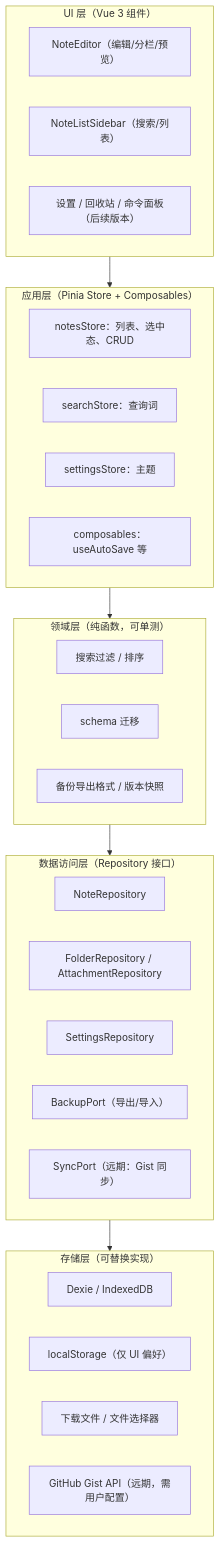
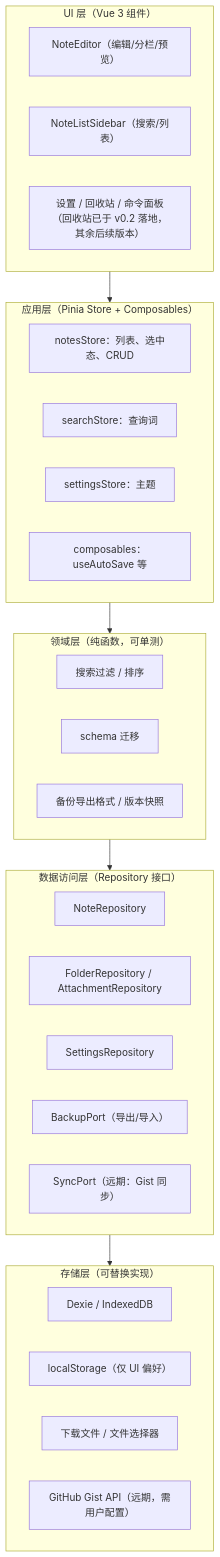
One commit to 514215834/TinyNote changed the diagram in docs/ARCHITECTURE.md. Above: the diagram before and after it, drawn with Mermaid. The commit also changed other lines of this file and 33 other files, not shown here.

````diff
--- a/docs/ARCHITECTURE.md
+++ b/docs/ARCHITECTURE.md
@@ -46,34 +46,34 @@
 ```mermaid
 flowchart TB
     subgraph UI["UI 层（Vue 3 组件）"]
         A1["NoteEditor（编辑/分栏/预览）"]
         A2["NoteListSidebar（搜索/列表）"]
-        A3["设置 / 回收站 / 命令面板（后续版本）"]
+        A3["设置 / 回收站 / 命令面板（回收站已于 v0.2 落地，其余后续版本）"]
     end
     subgraph APP["应用层（Pinia Store + Composables）"]
         B1["notesStore：列表、选中态、CRUD"]
         B2["searchStore：查询词"]
         B3["settingsStore：主题"]
         B4["composables：useAutoSave 等"]
     end
     subgraph DOMAIN["领域层（纯函数，可单测）"]
         C1["搜索过滤 / 排序"]
         C2["schema 迁移"]
         C3["备份导出格式 / 版本快照"]
     end
     subgraph DATA["数据访问层（Repository 接口）"]
         D1["NoteRepository"]
         D2["FolderRepository / AttachmentRepository"]
         D3["SettingsRepository"]
         D4["BackupPort（导出/导入）"]
         D5["SyncPort（远期：Gist 同步）"]
     end
     subgraph STORAGE["存储层（可替换实现）"]
         E1["Dexie / IndexedDB"]
         E2["localStorage（仅 UI 偏好）"]
         E3["下载文件 / 文件选择器"]
         E4["GitHub Gist API（远期，需用户配置）"]
     end
 
     UI --> APP --> DOMAIN --> DATA --> STORAGE
 ```
````
